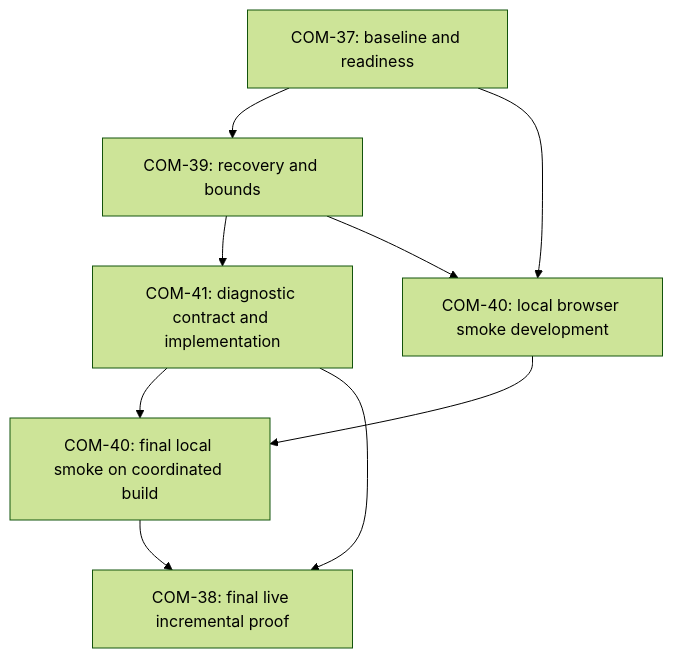
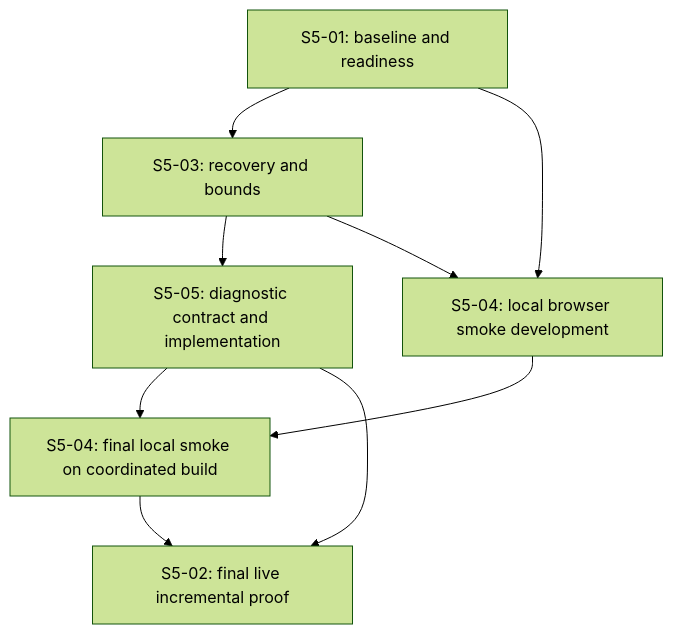
One commit to NitinSirsath/career-companion-docs changed the second of 2 diagrams in docs/planning/sprint-5/README.md. Above: the diagram before and after it, drawn with Mermaid (forest theme). The commit also changed other lines of this file and 20 other files, not shown here.

````diff
--- a/docs/planning/sprint-5/README.md
+++ b/docs/planning/sprint-5/README.md
@@ -49,11 +49,11 @@
 ```mermaid
 flowchart TD
-    B[COM-37: baseline and readiness] --> R[COM-39: recovery and bounds]
-    R --> O[COM-41: diagnostic contract and implementation]
-    B --> E[COM-40: local browser smoke development]
+    B[S5-01: baseline and readiness] --> R[S5-03: recovery and bounds]
+    R --> O[S5-05: diagnostic contract and implementation]
+    B --> E[S5-04: local browser smoke development]
     R --> E
-    O --> F[COM-40: final local smoke on coordinated build]
+    O --> F[S5-04: final local smoke on coordinated build]
     E --> F
-    F --> L[COM-38: final live incremental proof]
+    F --> L[S5-02: final live incremental proof]
     O --> L
 ```
````
